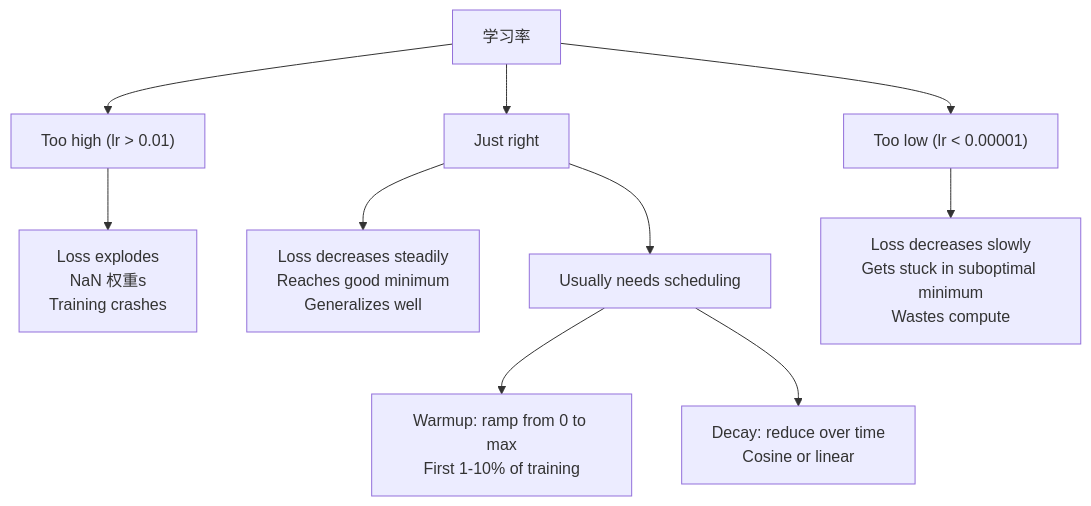
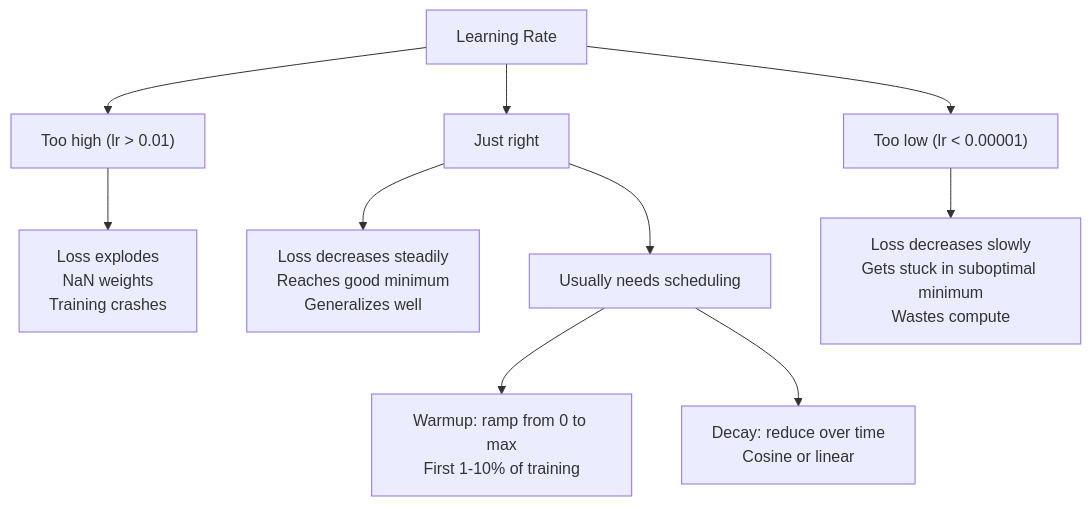
One commit to arwei944/ai-engineering-from-scratch changed the first of 3 diagrams in phases/03-deep-learning-core/06-optimizers/docs/zh.md. Above: the diagram before and after it, drawn with Mermaid. The commit also changed other lines of this file and 65 other files, not shown here.

````diff
--- a/phases/03-deep-learning-core/06-optimizers/docs/zh.md
+++ b/phases/03-deep-learning-core/06-optimizers/docs/zh.md
@@ -119,14 +119,14 @@
 ```mermaid
 graph TD
-    LR["学习率"] --> TooHigh["Too high (lr > 0.01)"]
+    LR["Learning Rate"] --> TooHigh["Too high (lr > 0.01)"]
     LR --> JustRight["Just right"]
     LR --> TooLow["Too low (lr < 0.00001)"]
 
-    TooHigh --> Diverge["Loss explodes<br/>NaN 权重s<br/>Training crashes"]
+    TooHigh --> Diverge["Loss explodes<br/>NaN weights<br/>Training crashes"]
     JustRight --> Converge["Loss decreases steadily<br/>Reaches good minimum<br/>Generalizes well"]
     TooLow --> Stall["Loss decreases slowly<br/>Gets stuck in suboptimal minimum<br/>Wastes compute"]
 
     JustRight --> Schedule["Usually needs scheduling"]
     Schedule --> Warmup["Warmup: ramp from 0 to max<br/>First 1-10% of training"]
     Schedule --> Decay["Decay: reduce over time<br/>Cosine or linear"]
 ```
````
